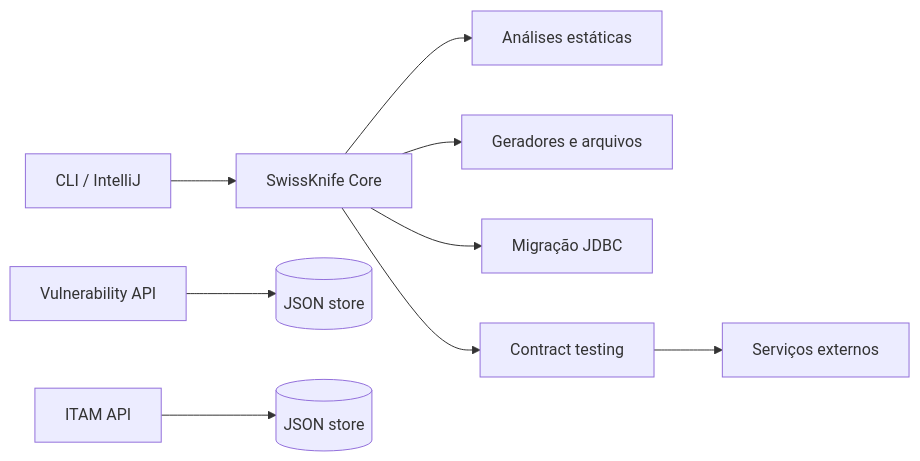
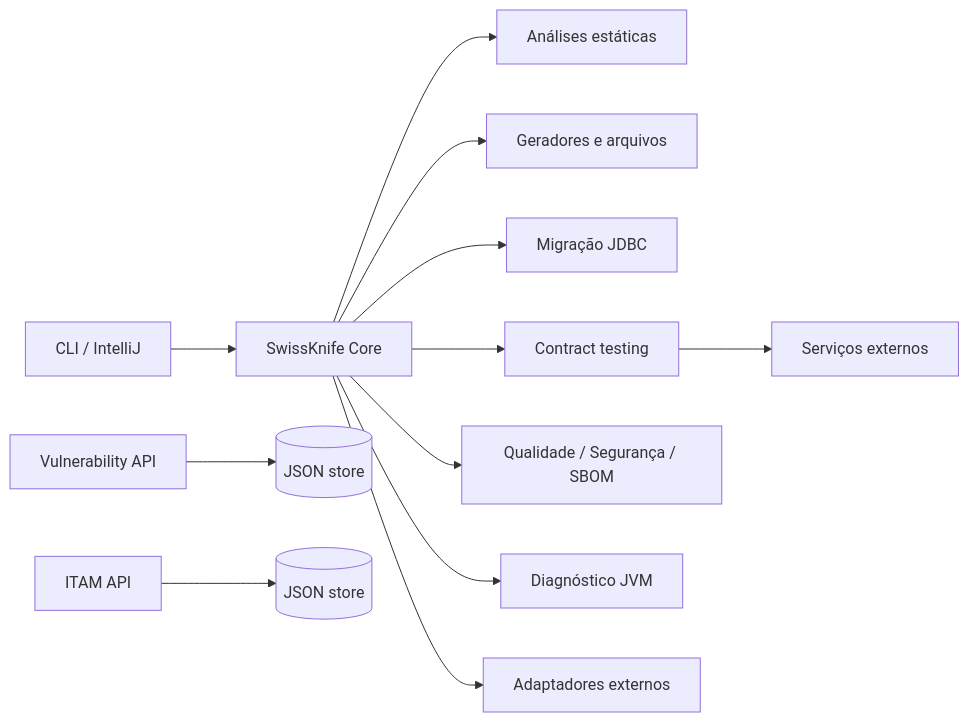
One commit to VictorHJesusSantiago/SwissKnifeJavanist changed the diagram in docs/ARCHITECTURE.md. Above: the diagram before and after it, drawn with Mermaid. The commit also changed other lines of this file and 2 other files, not shown here.

````diff
--- a/docs/ARCHITECTURE.md
+++ b/docs/ARCHITECTURE.md
@@ -9,11 +9,14 @@
 ```mermaid
 flowchart LR
   CLI[CLI / IntelliJ] --> CORE[SwissKnife Core]
   CORE --> STATIC[Análises estáticas]
   CORE --> FILES[Geradores e arquivos]
   CORE --> JDBC[Migração JDBC]
   CORE --> HTTP[Contract testing]
+  CORE --> GOV[Qualidade / Segurança / SBOM]
+  CORE --> JVM[Diagnóstico JVM]
+  CORE --> INTEGRATIONS[Adaptadores externos]
   HTTP --> EXT[Serviços externos]
   VULN[Vulnerability API] --> VDB[(JSON store)]
   ITAM[ITAM API] --> IDB[(JSON store)]
 ```
````
